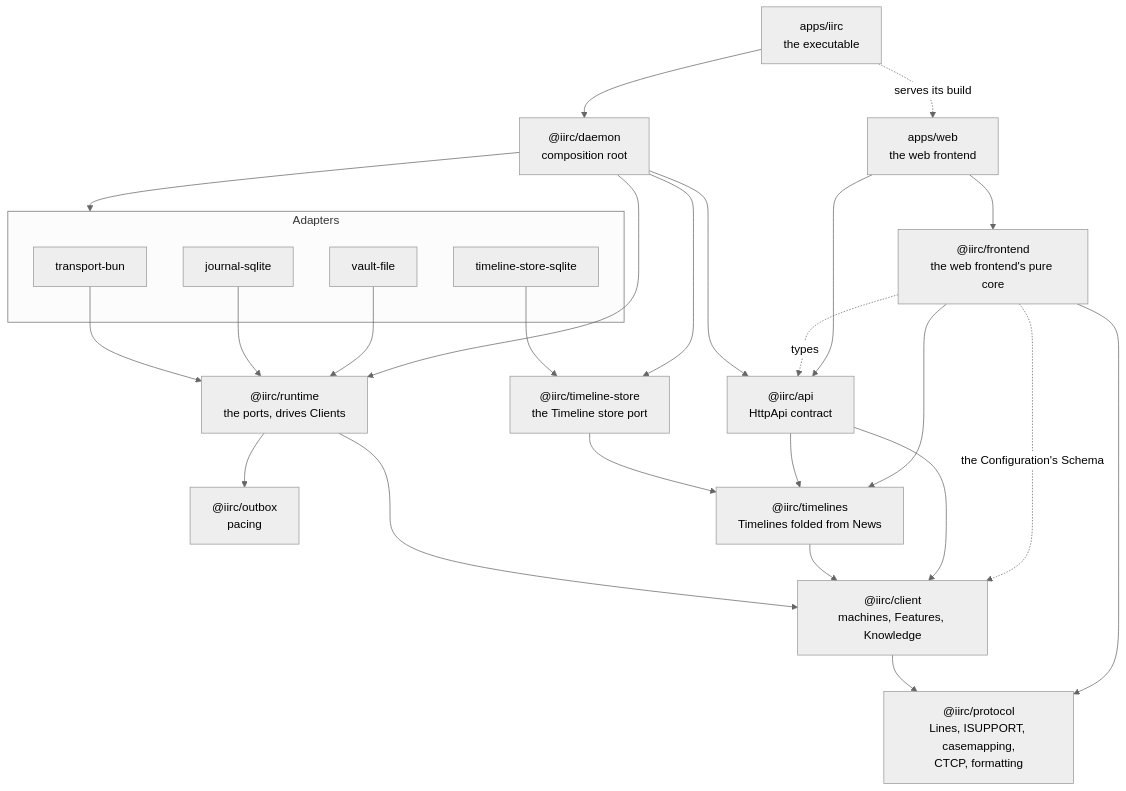
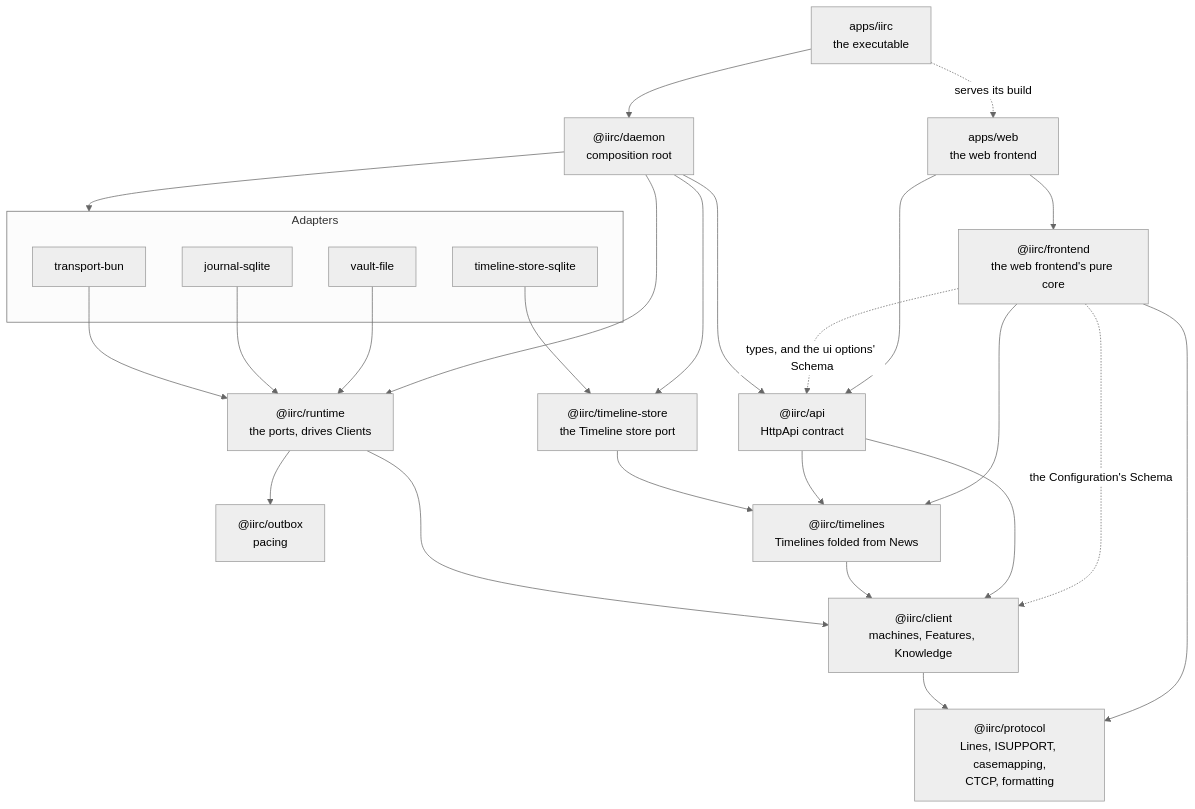
The second of 5 diagrams in docs/architecture.md (deankerr/iirc), drawn with Mermaid (neutral theme) before and after one commit. The commit also changed other lines of this file and 59 other files, not shown here.

````diff
--- a/docs/architecture.md
+++ b/docs/architecture.md
@@ -64,36 +64,36 @@
 ```mermaid
 flowchart TB
   protocol["@iirc/protocol<br/>Lines, ISUPPORT, casemapping,<br/>CTCP, formatting"]
   client["@iirc/client<br/>machines, Features, Knowledge"]
   outbox["@iirc/outbox<br/>pacing"]
   timelines["@iirc/timelines<br/>Timelines folded from News"]
   store["@iirc/timeline-store<br/>the Timeline store port"]
   runtime["@iirc/runtime<br/>the ports, drives Clients"]
   api["@iirc/api<br/>HttpApi contract"]
   daemon["@iirc/daemon<br/>composition root"]
   app["apps/iirc<br/>the executable"]
   frontend["@iirc/frontend<br/>the web frontend's pure core"]
   web["apps/web<br/>the web frontend"]
 
   subgraph adapters["Adapters"]
     tbun["transport-bun"]
     jsql["journal-sqlite"]
     vfile["vault-file"]
     tsql["timeline-store-sqlite"]
   end
 
   client --> protocol
   runtime --> client & outbox
   timelines --> client
   store --> timelines
   tbun & jsql & vfile --> runtime
   tsql --> store
   api --> client & timelines
   daemon --> api & runtime & store & adapters
   app --> daemon
   frontend --> protocol & timelines
   frontend -.->|"the Configuration's Schema"| client
-  frontend -.->|"types"| api
+  frontend -.->|"types, and the ui options' Schema"| api
   web --> api & frontend
   app -.->|"serves its build"| web
 ```
````
